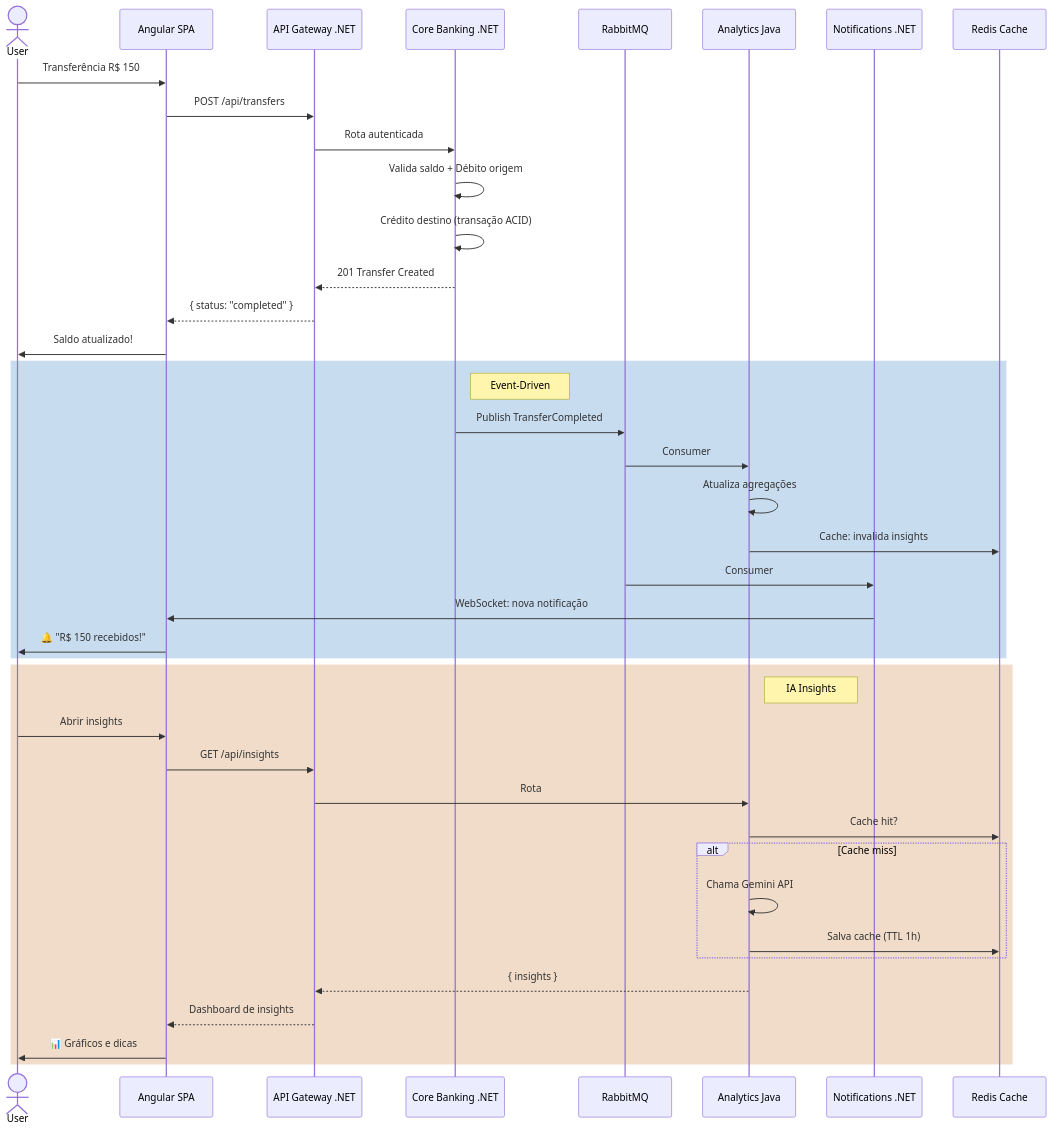
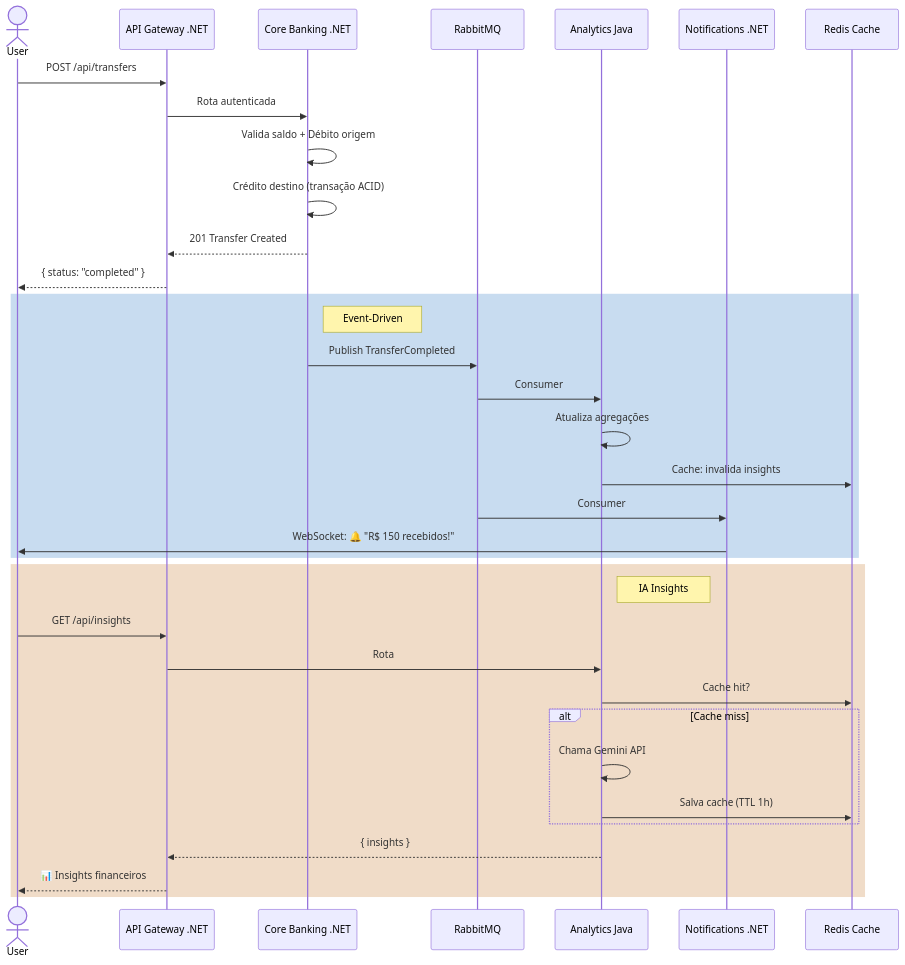
The second of 2 diagrams in AGENTS.md (oN0V41S/CashFlowPro), drawn with Mermaid before and after one commit. The commit also changed other lines of this file and 3 other files, not shown here.

````diff
--- a/AGENTS.md
+++ b/AGENTS.md
@@ -130,46 +124,40 @@
 ```mermaid
 sequenceDiagram
     actor User
-    participant Angular as Angular SPA
     participant Gateway as API Gateway .NET
     participant Core as Core Banking .NET
     participant RMQ as RabbitMQ
     participant Analytics as Analytics Java
     participant Notif as Notifications .NET
     participant Redis as Redis Cache
 
-    User->>Angular: Transferência R$ 150
-    Angular->>Gateway: POST /api/transfers
+    User->>Gateway: POST /api/transfers
     Gateway->>Core: Rota autenticada
     Core->>Core: Valida saldo + Débito origem
     Core->>Core: Crédito destino (transação ACID)
     Core-->>Gateway: 201 Transfer Created
-    Gateway-->>Angular: { status: "completed" }
-    Angular->>User: Saldo atualizado!
+    Gateway-->>User: { status: "completed" }
 
     rect rgb(200, 220, 240)
         Note right of Core: Event-Driven
         Core->>RMQ: Publish TransferCompleted
         RMQ->>Analytics: Consumer
         Analytics->>Analytics: Atualiza agregações
         Analytics->>Redis: Cache: invalida insights
         RMQ->>Notif: Consumer
-        Notif->>Angular: WebSocket: nova notificação
-        Angular->>User: 🔔 "R$ 150 recebidos!"
+        Notif->>User: WebSocket: 🔔 "R$ 150 recebidos!"
     end
 
     rect rgb(240, 220, 200)
         Note right of Analytics: IA Insights
-        User->>Angular: Abrir insights
-        Angular->>Gateway: GET /api/insights
+        User->>Gateway: GET /api/insights
         Gateway->>Analytics: Rota
         Analytics->>Redis: Cache hit?
         alt Cache miss
             Analytics->>Analytics: Chama Gemini API
             Analytics->>Redis: Salva cache (TTL 1h)
         end
         Analytics-->>Gateway: { insights }
-        Gateway-->>Angular: Dashboard de insights
-        Angular->>User: 📊 Gráficos e dicas
+        Gateway-->>User: 📊 Insights financeiros
     end
 ```
````
